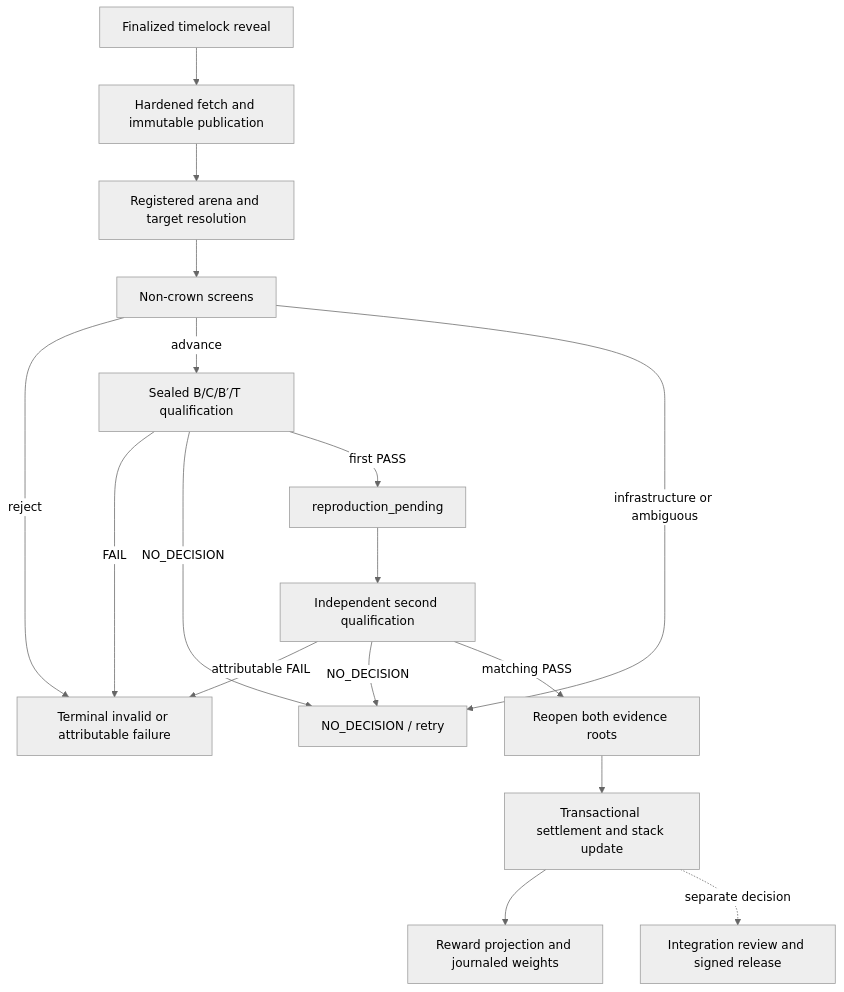
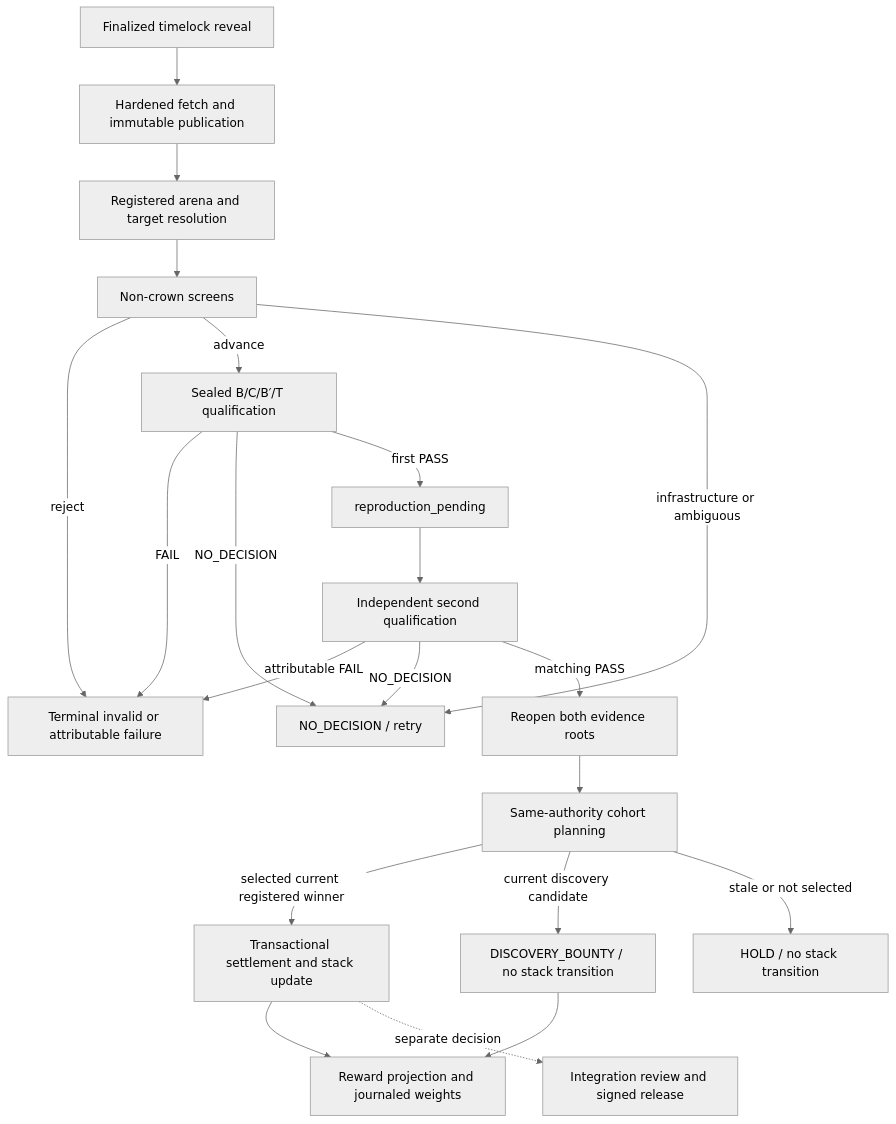
The diagram in content/docs/architecture/pipeline.mdx (latent-to/cacheon-frontend), drawn with Mermaid (neutral theme) before and after one commit. The commit also changed other lines of this file and 48 other files, not shown here.

Commit message:
architecture alignment

````diff
--- a/content/docs/architecture/pipeline.mdx
+++ b/content/docs/architecture/pipeline.mdx
@@ -32,19 +32,23 @@
 ```mermaid
 flowchart TD
     A["Finalized timelock reveal"] --> B["Hardened fetch and immutable publication"]
     B --> C["Registered arena and target resolution"]
     C --> D["Non-crown screens"]
     D -->|"reject"| F["Terminal invalid or attributable failure"]
     D -->|"advance"| Q["Sealed B/C/B′/T qualification"]
     D -->|"infrastructure or ambiguous"| N["NO_DECISION / retry"]
     Q -->|"FAIL"| F
     Q -->|"NO_DECISION"| N
     Q -->|"first PASS"| P["reproduction_pending"]
     P --> R["Independent second qualification"]
     R -->|"attributable FAIL"| F
     R -->|"NO_DECISION"| N
     R -->|"matching PASS"| S["Reopen both evidence roots"]
-    S --> T["Transactional settlement and stack update"]
+    S --> G["Same-authority cohort planning"]
+    G -->|"selected current registered winner"| T["Transactional settlement and stack update"]
+    G -->|"current discovery candidate"| J["DISCOVERY_BOUNTY / no stack transition"]
+    G -->|"stale or not selected"| H["HOLD / no stack transition"]
     T --> W["Reward projection and journaled weights"]
+    J --> W
     T -. "separate decision" .-> I["Integration review and signed release"]
 ```
````
